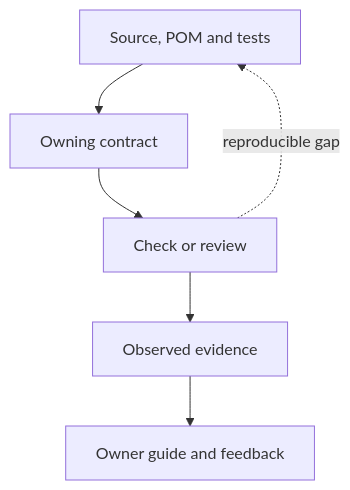
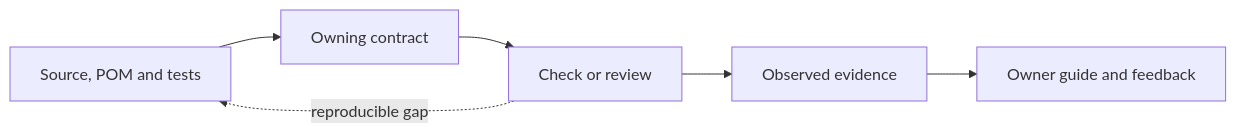
One commit to crististefanita/ATF_AI changed the first of 2 diagrams in docs/governance/README.md. Above: the diagram before and after it, drawn with Mermaid. The commit also changed other lines of this file and 111 other files, not shown here.

````diff
--- a/docs/governance/README.md
+++ b/docs/governance/README.md
@@ -27,8 +27,8 @@
 ```mermaid
-flowchart TB
+flowchart LR
     Source["Source, POM and tests"] --> Owner["Owning contract"]
     Owner --> Check["Check or review"]
     Check --> Evidence["Observed evidence"]
     Evidence --> Update["Owner guide and feedback"]
     Check -. reproducible gap .-> Source
 ```
````
